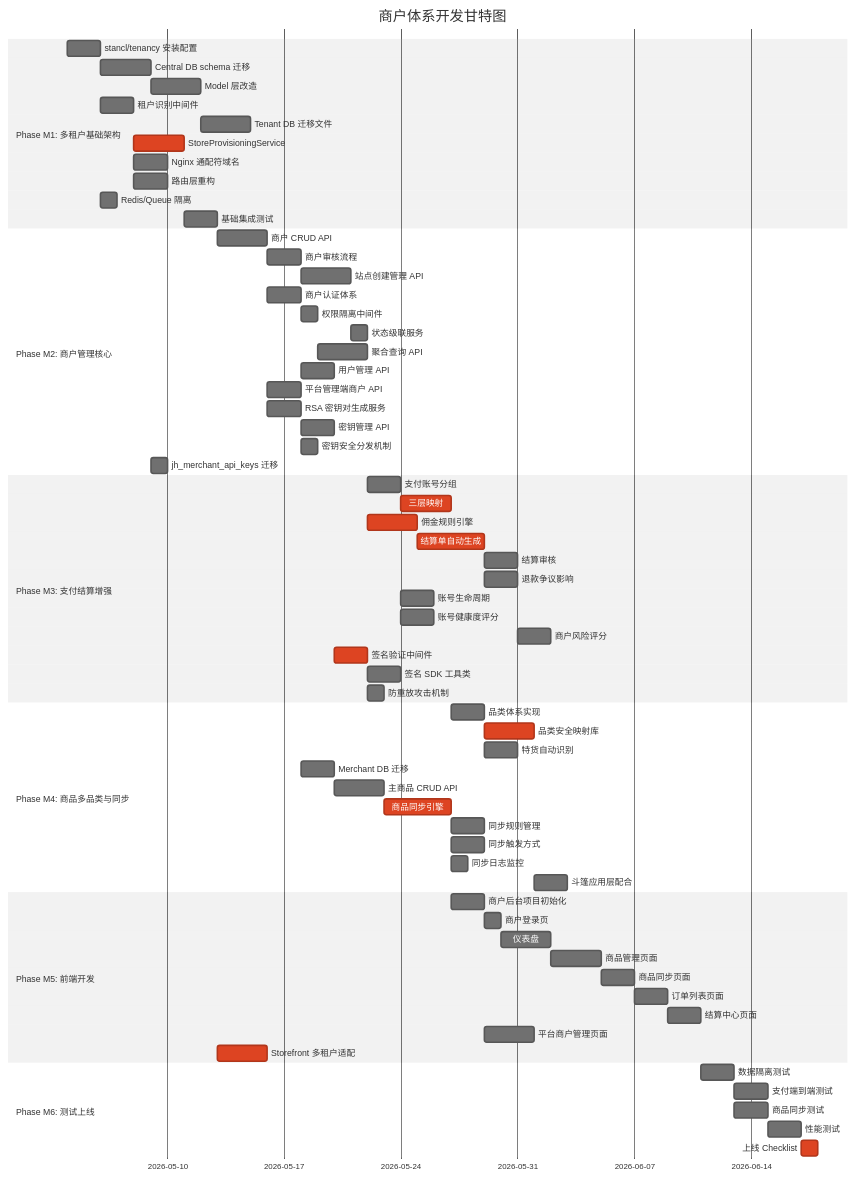
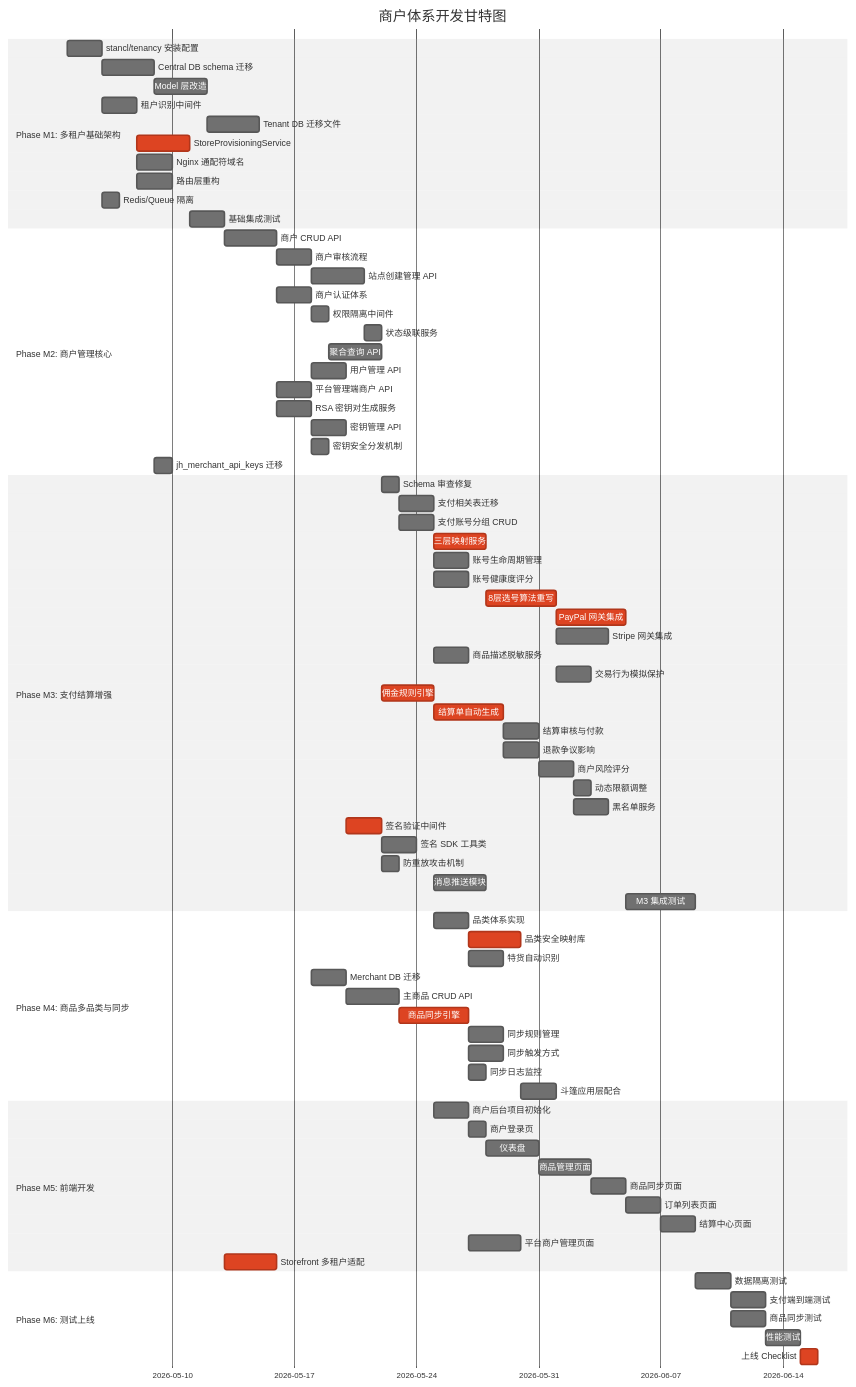
One commit to xa-94/jerseyHolic changed the diagram in docs/plan/tasks/merchant-phase.md. Above: the diagram before and after it, drawn with Mermaid (neutral theme). The commit also changed other lines of this file and 8 other files, not shown here.

```diff
--- a/docs/plan/tasks/merchant-phase.md
+++ b/docs/plan/tasks/merchant-phase.md
@@ -379,18 +428,29 @@
     jh_merchant_api_keys 迁移     :m2-013, after m1-002, 1d
     
     section Phase M3: 支付结算增强
-    支付账号分组                  :m3-001, after m2-006, 2d
-    三层映射                      :crit, m3-002, after m3-001, 3d
-    佣金规则引擎                  :crit, m3-005, after m2-006, 3d
-    结算单自动生成                :crit, m3-006, after m3-005, 4d
-    结算审核                      :m3-007, after m3-006, 2d
-    退款争议影响                  :m3-008, after m3-006, 2d
-    账号生命周期                  :m3-003, after m3-001, 2d
-    账号健康度评分                :m3-004, after m3-001, 2d
-    商户风险评分                  :m3-009, after m3-008, 2d
-    签名验证中间件                :crit, m3-012, after m2-011, 2d
-    签名 SDK 工具类               :m3-013, after m3-012, 2d
-    防重放攻击机制                :m3-014, after m3-012, 1d
+    Schema 审查修复               :m3-001, after m2-006, 1d
+    支付相关表迁移                :m3-002, after m3-001, 2d
+    支付账号分组 CRUD             :m3-003, after m3-001, 2d
+    三层映射服务                  :crit, m3-004, after m3-002, 3d
+    账号生命周期管理              :m3-005, after m3-003, 2d
+    账号健康度评分                :m3-006, after m3-003, 2d
+    8层选号算法重写               :crit, m3-007, after m3-004, 4d
+    PayPal 网关集成               :crit, m3-008, after m3-007, 4d
+    Stripe 网关集成               :m3-009, after m3-007, 3d
+    商品描述脱敏服务              :m3-010, after m3-002, 2d
+    交易行为模拟保护              :m3-011, after m3-007, 2d
+    佣金规则引擎                  :crit, m3-012, after m2-006, 3d
+    结算单自动生成                :crit, m3-013, after m3-012, 4d
+    结算审核与付款                :m3-014, after m3-013, 2d
+    退款争议影响                  :m3-015, after m3-013, 2d
+    商户风险评分                  :m3-016, after m3-015, 2d
+    动态限额调整                  :m3-017, after m3-016, 1d
+    黑名单服务                    :m3-018, after m3-016, 2d
+    签名验证中间件                :crit, m3-019, after m2-011, 2d
+    签名 SDK 工具类               :m3-020, after m3-019, 2d
+    防重放攻击机制                :m3-021, after m3-019, 1d
+    消息推送模块                  :m3-022, after m3-002, 3d
+    M3 集成测试                   :m3-023, after m3-008, 4d
     
     section Phase M4: 商品多品类与同步
     品类体系实现                  :m4-001, after m3-002, 2d
```
